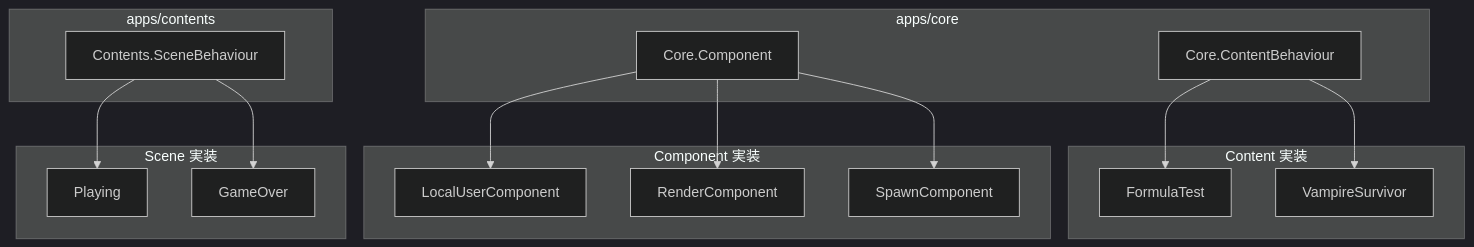
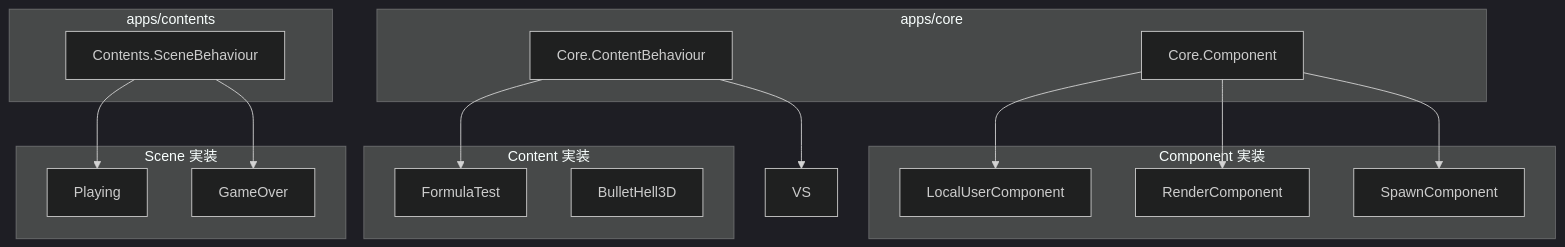
The first of 2 diagrams in docs/architecture/fix_contents.md (FRICK-ELDY/alchemy-engine), drawn with Mermaid (dark theme) before and after one commit. The commit also changed other lines of this file and 21 other files, not shown here.

````diff
--- a/docs/architecture/fix_contents.md
+++ b/docs/architecture/fix_contents.md
@@ -148,37 +148,37 @@
 ```mermaid
 flowchart TB
     subgraph core["apps/core"]
         CB[Core.ContentBehaviour]
         CMP[Core.Component]
     end
 
     subgraph contents["apps/contents"]
         SB[Contents.SceneBehaviour]
     end
 
     subgraph impl_content["Content 実装"]
         FT[FormulaTest]
-        VS[VampireSurvivor]
+        BH[BulletHell3D]
     end
 
     subgraph impl_comp["Component 実装"]
         LUC[LocalUserComponent]
         RC[RenderComponent]
         SC[SpawnComponent]
     end
 
     subgraph impl_scene["Scene 実装"]
         P[Playing]
         GO[GameOver]
     end
 
     CB --> FT
     CB --> VS
 
     CMP --> LUC
     CMP --> RC
     CMP --> SC
 
     SB --> P
     SB --> GO
 ```
````
